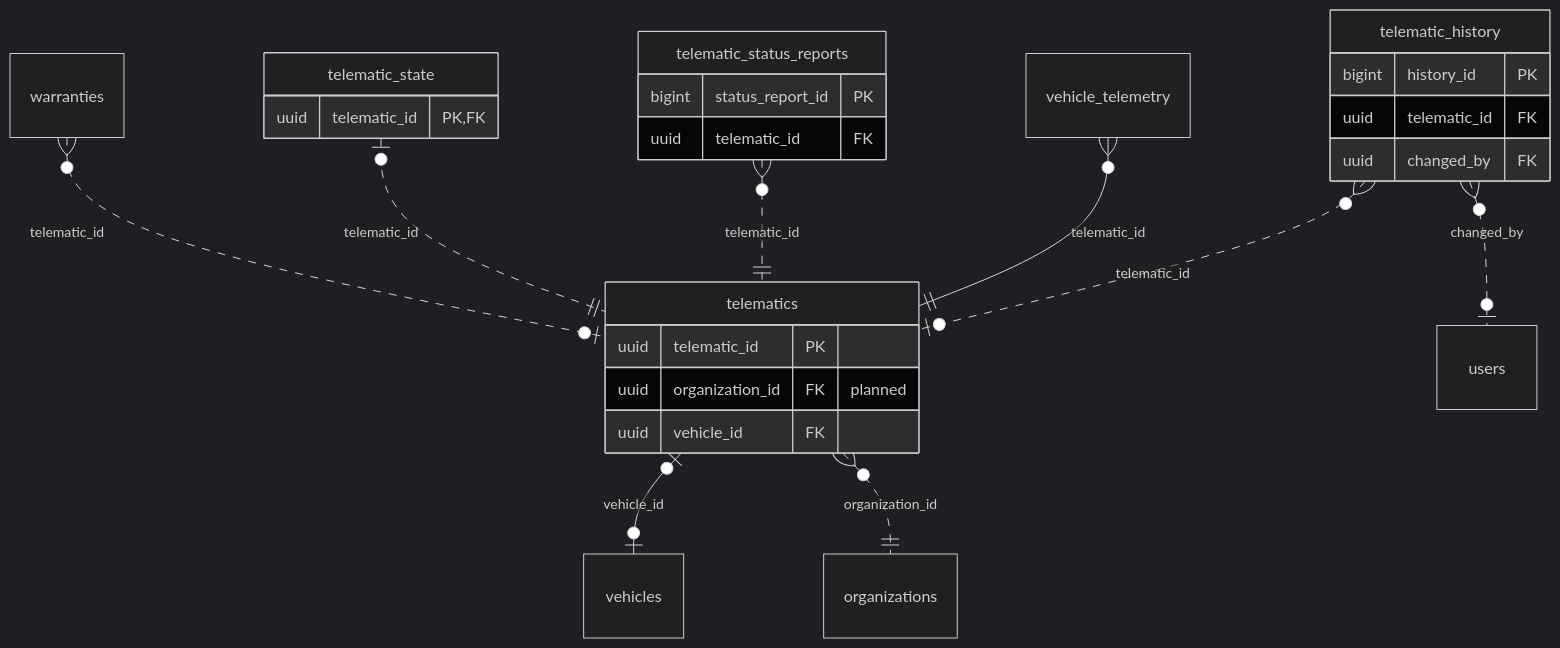
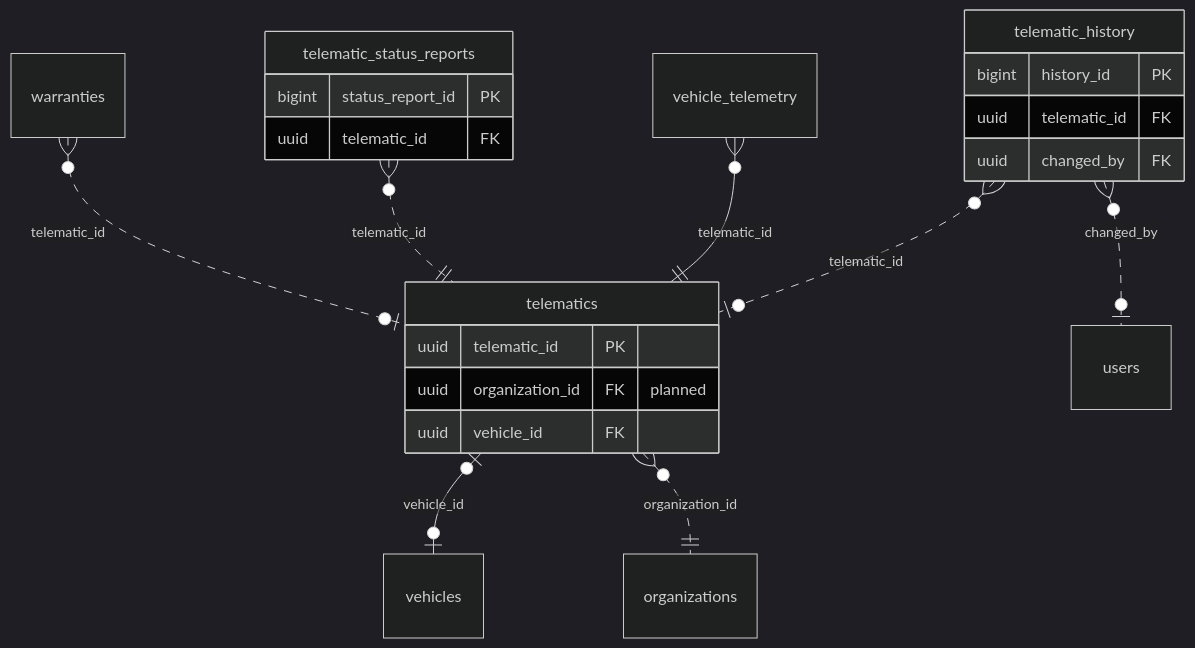
The diagram in docs/design/domain-model/domains/telematics.md (yolo-coccoc/G3Network-app), drawn with Mermaid (dark theme) before and after one commit. The commit also changed other lines of this file and 16 other files, not shown here.

````diff
--- a/docs/design/domain-model/domains/telematics.md
+++ b/docs/design/domain-model/domains/telematics.md
@@ -16,28 +16,24 @@
 ```mermaid
 erDiagram
   telematics {
     uuid telematic_id PK
     uuid organization_id FK "planned"
     uuid vehicle_id FK
   }
   telematic_history {
     bigint history_id PK
     uuid telematic_id FK
     uuid changed_by FK
   }
-  telematic_state {
-    uuid telematic_id PK, FK
-  }
   telematic_status_reports {
     bigint status_report_id PK
     uuid telematic_id FK
   }
   warranties }o..o| telematics : "telematic_id"
   telematics |o--o| vehicles : "vehicle_id"
   telematics }o..|| organizations : "organization_id"
-  telematic_state |o..|| telematics : "telematic_id"
   telematic_status_reports }o..|| telematics : "telematic_id"
   vehicle_telemetry }o--|| telematics : "telematic_id"
   telematic_history }o..o| telematics : "telematic_id"
   telematic_history }o..o| users : "changed_by"
 ```
````
